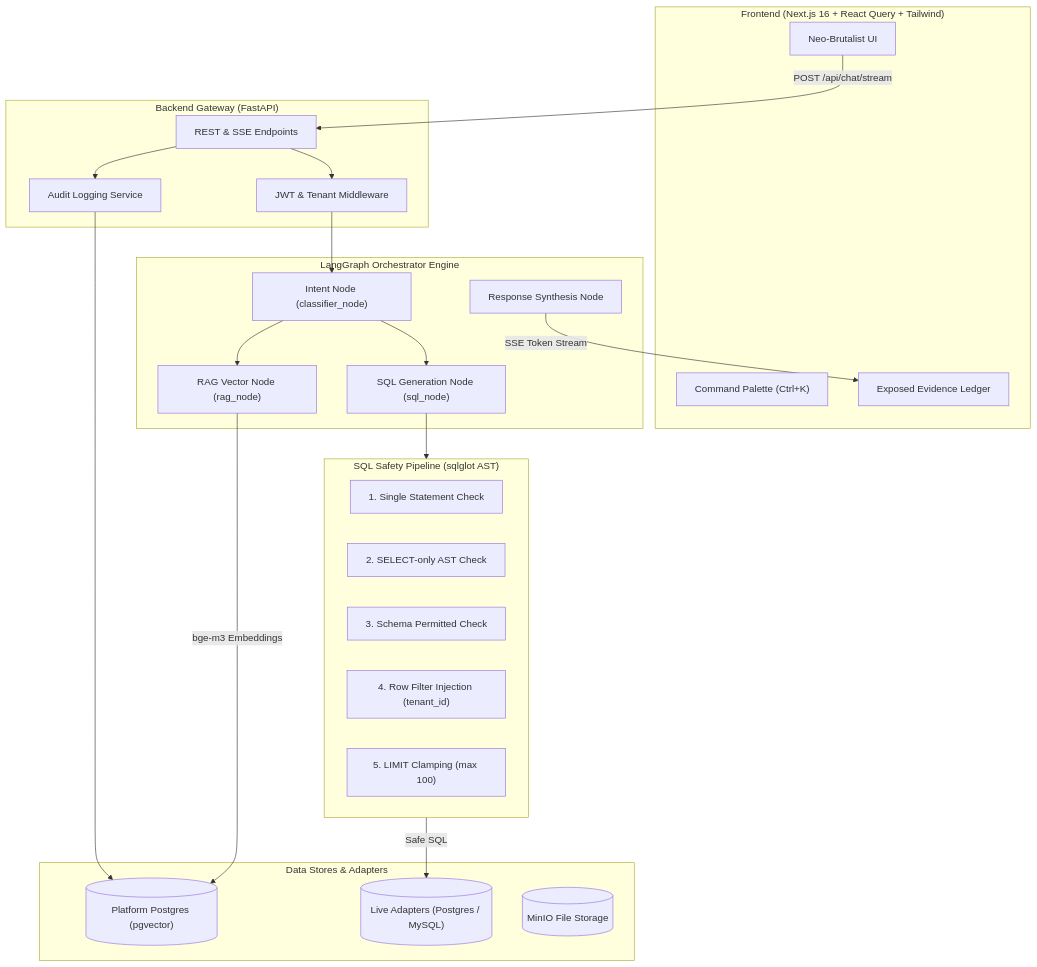
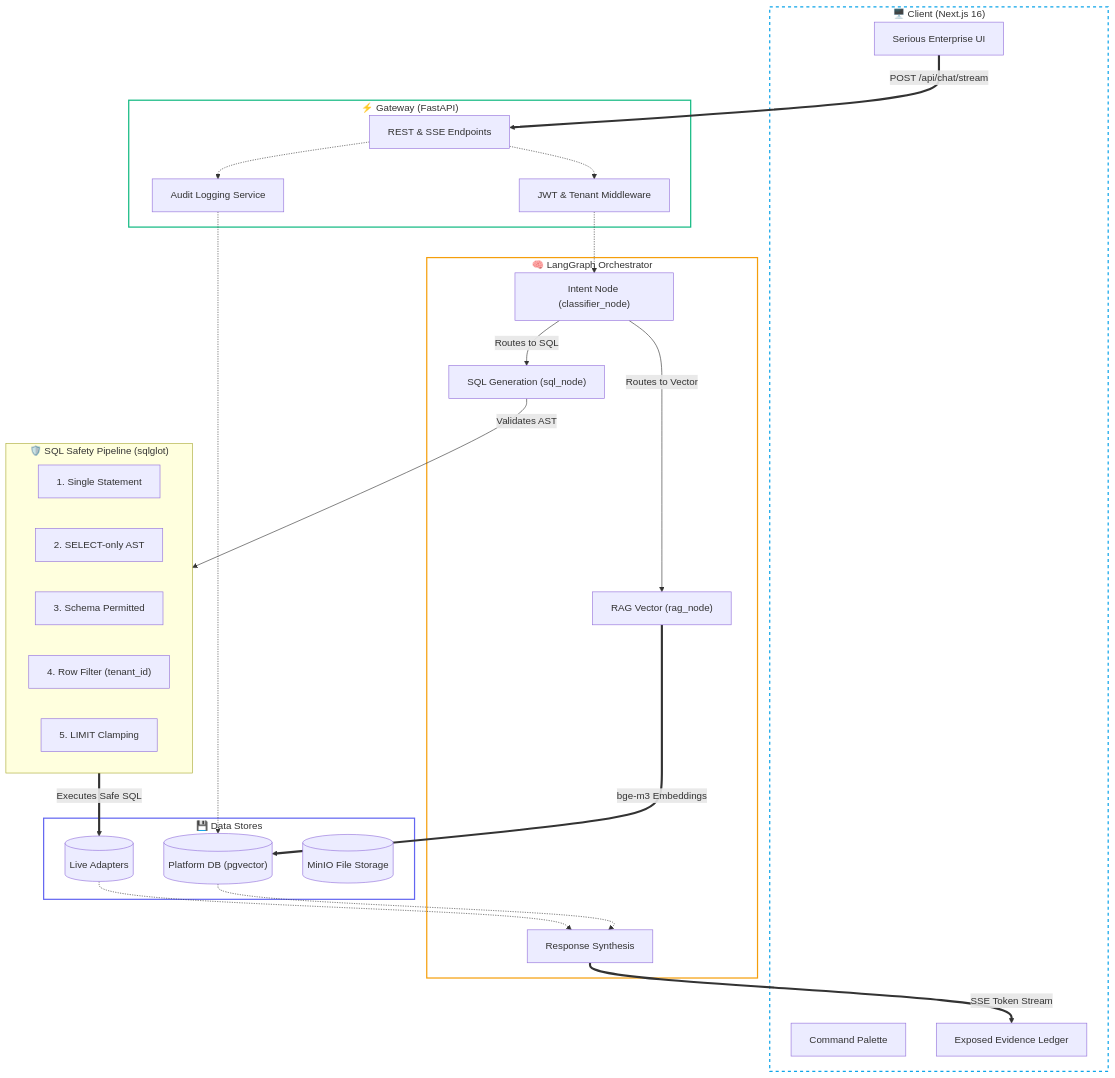
One commit to xchan404/Chat2Query changed the diagram in README.md. Above: the diagram before and after it, drawn with Mermaid.

Commit message:
docs: update system architecture diagram with new styling and refined node labels

````diff
--- a/README.md
+++ b/README.md
@@ -61,47 +61,66 @@
 ```mermaid
 flowchart TD
-    subgraph Client ["Frontend (Next.js 16 + React Query + Tailwind)"]
-        UI["Neo-Brutalist UI"]
-        CmdK["Command Palette (Ctrl+K)"]
+    %% Define styles for distinct layers
+    classDef client fill:none,stroke:#0ea5e9,stroke-width:2px,stroke-dasharray: 5 5
+    classDef api fill:none,stroke:#10b981,stroke-width:2px
+    classDef engine fill:none,stroke:#f59e0b,stroke-width:2px
+    classDef security fill:none,stroke:#ef4444,stroke-width:2px
+    classDef data fill:none,stroke:#6366f1,stroke-width:2px
+    
+    subgraph Client ["🖥️ Client (Next.js 16)"]
+        UI["Serious Enterprise UI"]
+        CmdK["Command Palette"]
         Rail["Exposed Evidence Ledger"]
     end
+    class Client client
 
-    subgraph API ["Backend Gateway (FastAPI)"]
+    subgraph API ["⚡ Gateway (FastAPI)"]
         Auth["JWT & Tenant Middleware"]
         Router["REST & SSE Endpoints"]
         Audit["Audit Logging Service"]
     end
+    class API api
 
-    subgraph Engine ["LangGraph Orchestrator Engine"]
+    subgraph Engine ["🧠 LangGraph Orchestrator"]
         Classifier["Intent Node (classifier_node)"]
-        DBNode["SQL Generation Node (sql_node)"]
-        DocNode["RAG Vector Node (rag_node)"]
-        Synthesizer["Response Synthesis Node"]
+        DBNode["SQL Generation (sql_node)"]
+        DocNode["RAG Vector (rag_node)"]
+        Synthesizer["Response Synthesis"]
     end
+    class Engine engine
 
-    subgraph Security ["SQL Safety Pipeline (sqlglot AST)"]
-        ASTCheck["1. Single Statement Check"]
-        TypeCheck["2. SELECT-only AST Check"]
-        SchemaCheck["3. Schema Permitted Check"]
-        TenantCheck["4. Row Filter Injection (tenant_id)"]
-        LimitCheck["5. LIMIT Clamping (max 100)"]
+    subgraph Security ["🛡️ SQL Safety Pipeline (sqlglot)"]
+        ASTCheck["1. Single Statement"]
+        TypeCheck["2. SELECT-only AST"]
+        SchemaCheck["3. Schema Permitted"]
+        TenantCheck["4. Row Filter (tenant_id)"]
+        LimitCheck["5. LIMIT Clamping"]
     end
+    class Security security
 
-    subgraph Data ["Data Stores & Adapters"]
-        PG[("Platform Postgres (pgvector)")]
-        TargetDB[("Live Adapters (Postgres / MySQL)")]
+    subgraph Data ["💾 Data Stores"]
+        PG[("Platform DB (pgvector)")]
+        TargetDB[("Live Adapters")]
         MinIO[("MinIO File Storage")]
     end
+    class Data data
 
-    UI -->|"POST /api/chat/stream"| Router
-    Router --> Auth
-    Auth --> Classifier
-    Classifier --> DBNode
-    Classifier --> DocNode
-    DBNode --> Security
-    Security -->|"Safe SQL"| TargetDB
-    DocNode -->|"bge-m3 Embeddings"| PG
-    Synthesizer -->|"SSE Token Stream"| Rail
-    Router --> Audit
-    Audit --> PG
+    %% Connections
+    UI == "POST /api/chat/stream" ==> Router
+    Router -.-> Auth
+    Auth -.-> Classifier
+    
+    Classifier -->|"Routes to SQL"| DBNode
+    Classifier -->|"Routes to Vector"| DocNode
+    
+    DBNode -->|"Validates AST"| Security
+    Security == "Executes Safe SQL" ==> TargetDB
+    TargetDB -.-> Synthesizer
+    
+    DocNode == "bge-m3 Embeddings" ==> PG
+    PG -.-> Synthesizer
+    
+    Synthesizer == "SSE Token Stream" ==> Rail
+    Router -.-> Audit
+    Audit -.-> PG
 ```
````
